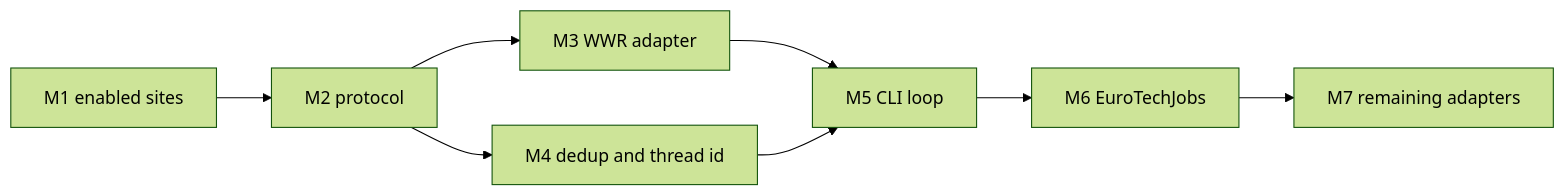
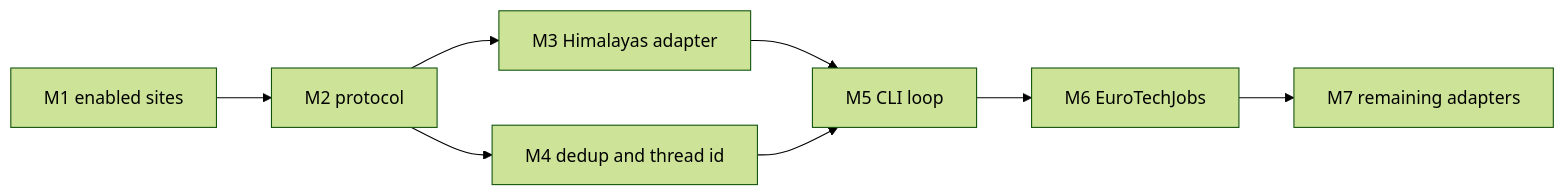
The diagram in src/docs/multisite_build_guide.md (manuelAlonsoPerez/JobSearchAgent), drawn with Mermaid (forest theme) before and after one commit. The commit also changed other lines of this file and 13 other files, not shown here.

````diff
--- a/src/docs/multisite_build_guide.md
+++ b/src/docs/multisite_build_guide.md
@@ -184,10 +187,10 @@
 ```mermaid
 flowchart LR
     M1[M1 enabled sites] --> M2[M2 protocol]
-    M2 --> M3[M3 WWR adapter]
+    M2 --> M3[M3 Himalayas adapter]
     M2 --> M4[M4 dedup and thread id]
     M3 --> M5[M5 CLI loop]
     M4 --> M5
     M5 --> M6[M6 EuroTechJobs]
     M6 --> M7[M7 remaining adapters]
 ```
````
